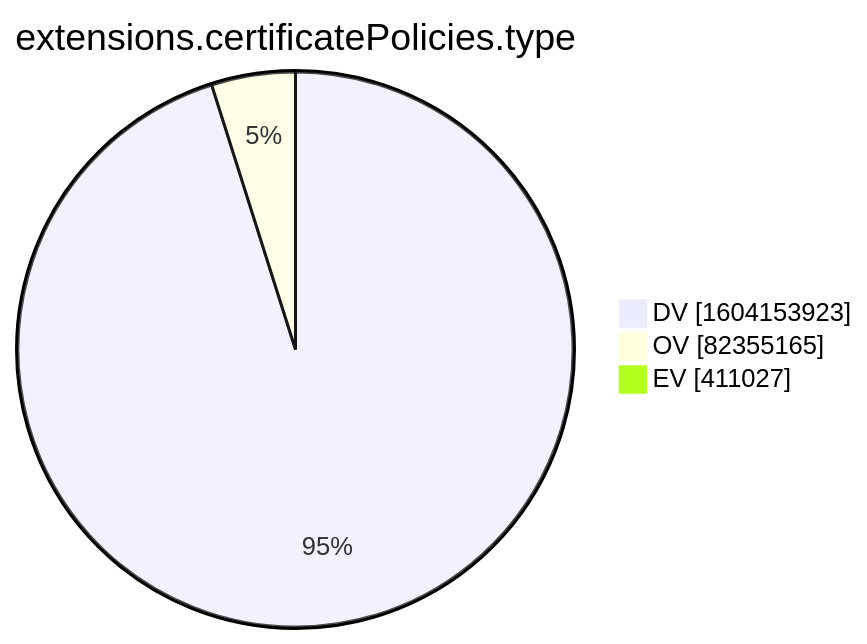
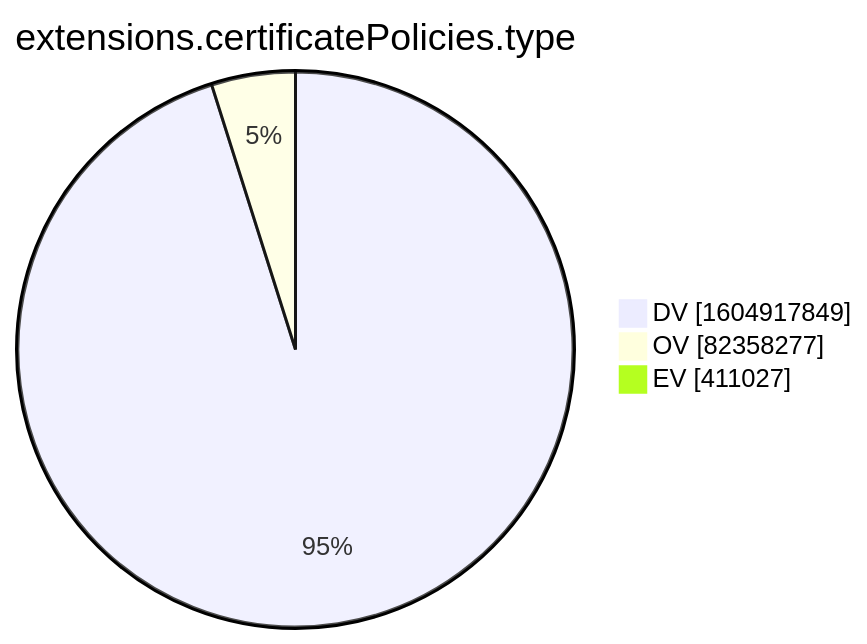
One commit to christiankrug/ctmonitor_visualization changed the tenth of 15 diagrams in xenon2022/README.md. Above: the diagram before and after it, drawn with Mermaid. The commit also changed other lines of this file, not shown here.

````diff
--- a/xenon2022/README.md
+++ b/xenon2022/README.md
@@ -2878,7 +2878,7 @@
 ```mermaid
 pie showData
 title extensions.certificatePolicies.type
-"DV" :1604153923
-"OV" :82355165
+"DV" :1604917849
+"OV" :82358277
 "EV" :411027
 ```
````
